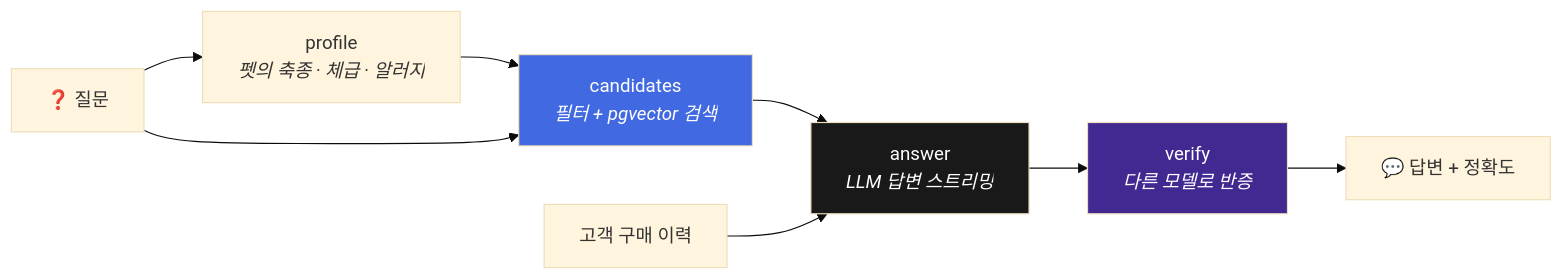
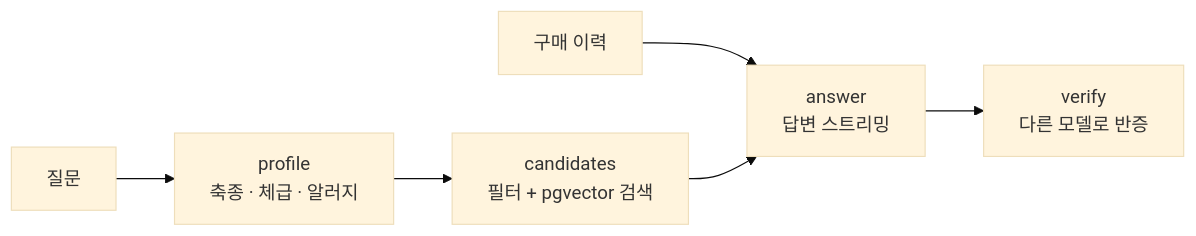
One commit to TodayWhatDish/dev-data-embed changed the second of 2 diagrams in README.md. Above: the diagram before and after it, drawn with Mermaid (base theme). The commit also changed other lines of this file, not shown here.

````diff
--- a/README.md
+++ b/README.md
@@ -131,14 +59,8 @@
 ```mermaid
 flowchart LR
-    Q["❓ 질문"] --> P["profile<br/><i>펫의 축종 · 체급 · 알러지</i>"]
-    P --> S["candidates<br/><i>필터 + pgvector 검색</i>"]
-    Q --> S
-    S --> G["answer<br/><i>LLM 답변 스트리밍</i>"]
-    U["고객 구매 이력"] --> G
-    G --> V["verify<br/><i>다른 모델로 반증</i>"]
-    V --> ANS["💬 답변 + 정확도"]
-
-    style G fill:#191919,color:#fff
-    style S fill:#4169E1,color:#fff
-    style V fill:#412991,color:#fff
+    Q[질문] --> P[profile<br/>축종 · 체급 · 알러지]
+    P --> S[candidates<br/>필터 + pgvector 검색]
+    H[구매 이력] --> G
+    S --> G[answer<br/>답변 스트리밍]
+    G --> V[verify<br/>다른 모델로 반증]
 ```
````
